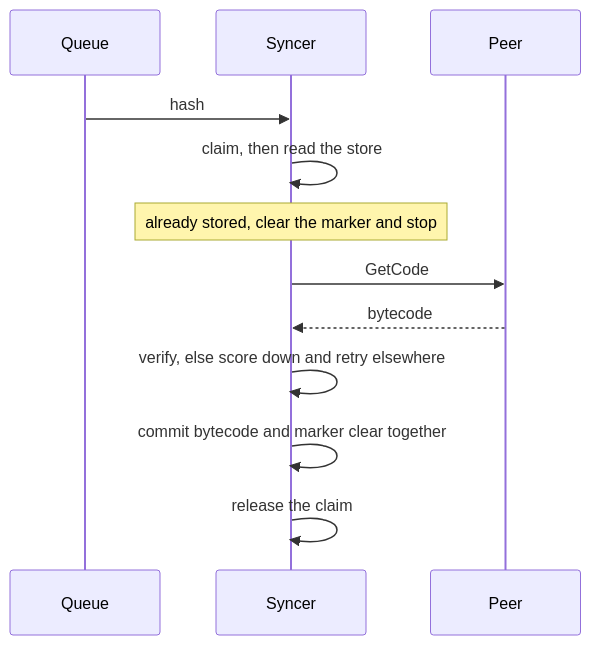
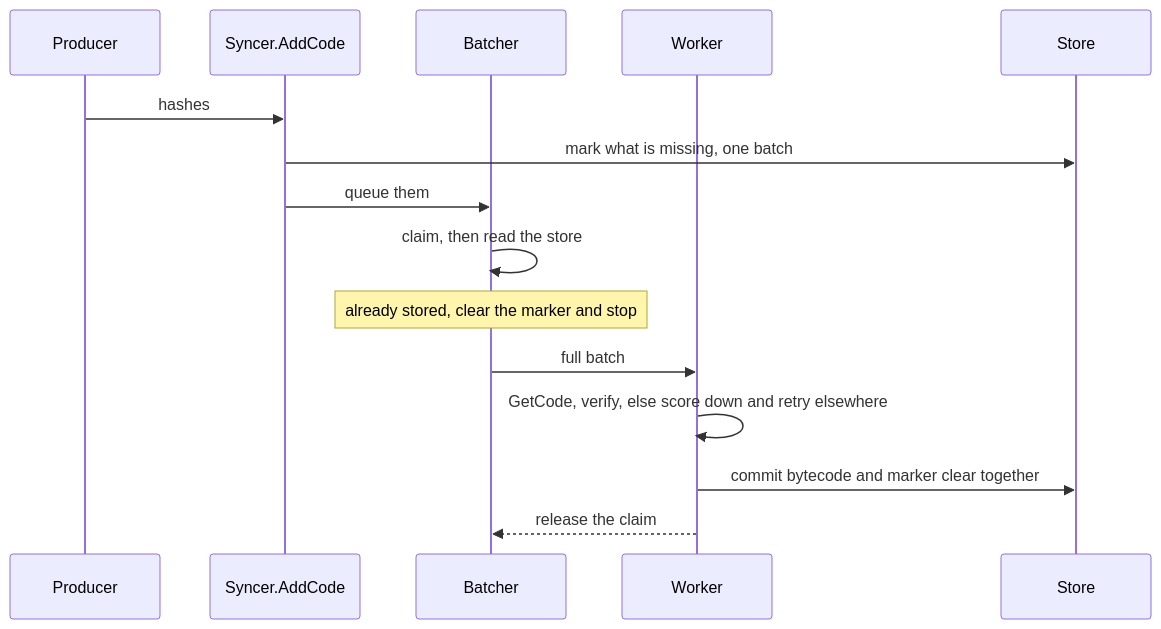
The second of 2 diagrams in vms/evm/sync/code/README.md (ava-labs/avalanchego), drawn with Mermaid before and after one commit. The commit also changed other lines of this file and 6 other files, not shown here.

First line of the commit message:
feat(vms/evm/sync/code): fold the queue into the syncer

````diff
--- a/vms/evm/sync/code/README.md
+++ b/vms/evm/sync/code/README.md
@@ -60,14 +62,17 @@
 ```mermaid
 sequenceDiagram
-  participant Q as Queue
-  participant S as Syncer
-  participant P as Peer
-  Q->>S: hash
-  S->>S: claim, then read the store
-  Note over S: already stored, clear the marker and stop
-  S->>P: GetCode
-  P-->>S: bytecode
-  S->>S: verify, else score down and retry elsewhere
-  S->>S: commit bytecode and marker clear together
-  S->>S: release the claim
+  participant P as Producer
+  participant A as Syncer.AddCode
+  participant B as Batcher
+  participant W as Worker
+  participant S as Store
+  P->>A: hashes
+  A->>S: mark what is missing, one batch
+  A->>B: queue them
+  B->>B: claim, then read the store
+  Note over B: already stored, clear the marker and stop
+  B->>W: full batch
+  W->>W: GetCode, verify, else score down and retry elsewhere
+  W->>S: commit bytecode and marker clear together
+  W-->>B: release the claim
 ```
````
